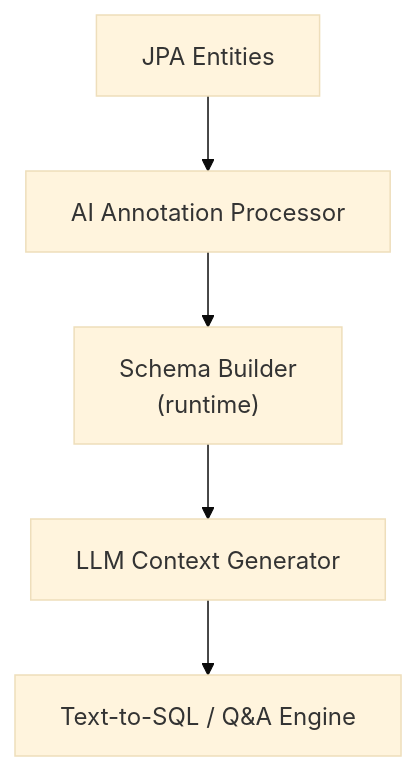
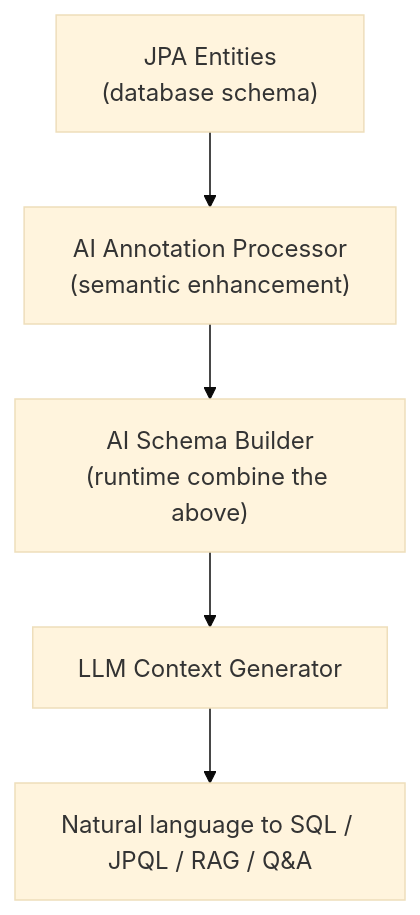
Before and after one commit to crystalplanetcode/ai-semantic-schema: the diagram in README.md, drawn with Mermaid (base theme). The commit also changed other lines of this file, not shown here.

Commit message:
fix: README minor changes to flowchart

````diff
--- a/README.md
+++ b/README.md
@@ -13,10 +13,10 @@
 ```mermaid
 flowchart TD
-    A["JPA Entities"]
-    B["AI Annotation Processor"]
-    C["Schema Builder\n(runtime)"]
+    A["JPA Entities\n(database schema)"]
+    B["AI Annotation Processor\n(semantic enhancement)"]
+    C["AI Schema Builder\n(runtime combine the above)"]
     D["LLM Context Generator"]
-    E["Text-to-SQL / Q&A Engine"]
+    E["Natural language to SQL / JPQL / RAG / Q&A"]
 
     A --> B --> C --> D --> E
 ```
````
